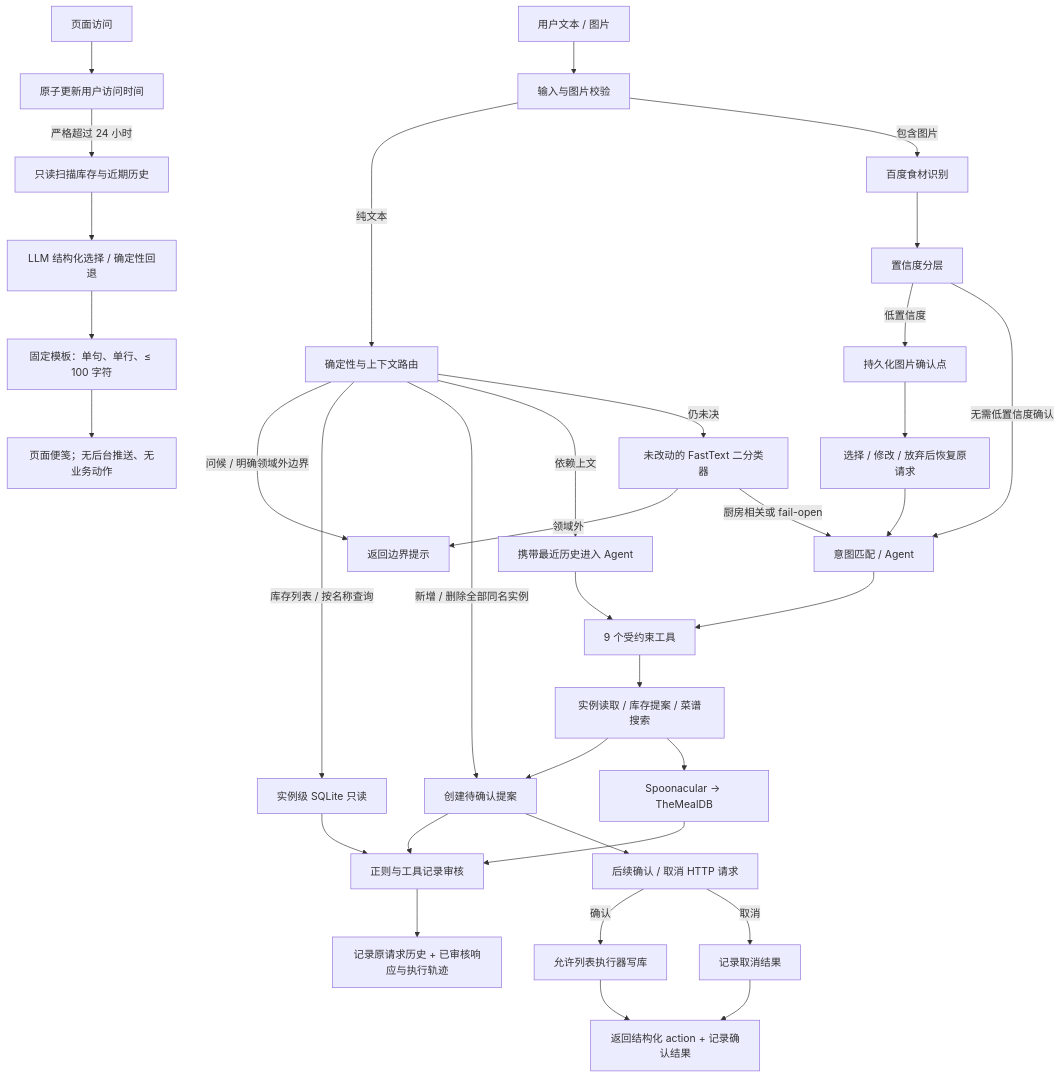
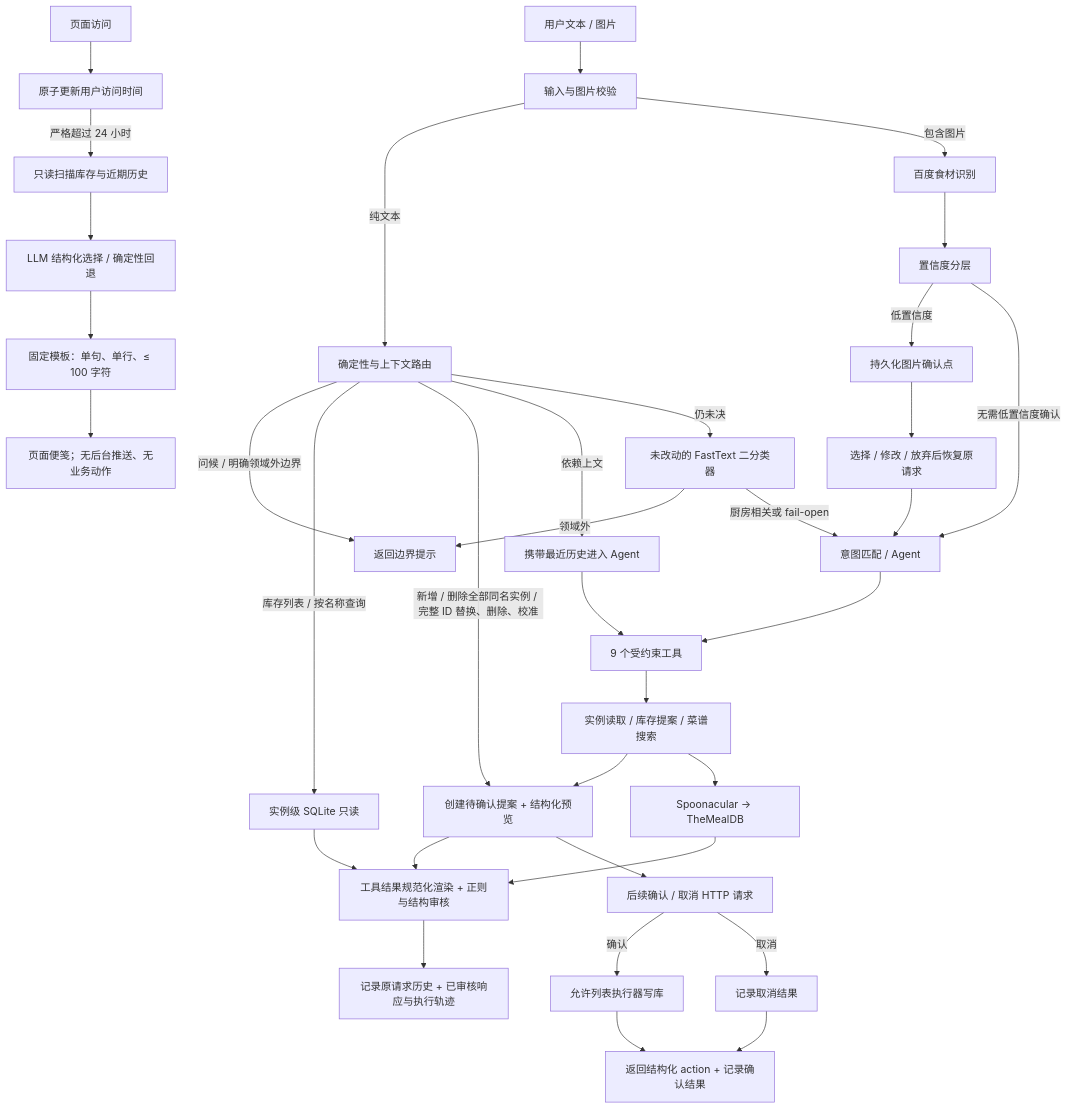
The diagram in README.md (aicecould/kitchen_inventory_agent), drawn with Mermaid before and after one commit. The commit also changed other lines of this file and 3 other files, not shown here.

````diff
--- a/README.md
+++ b/README.md
@@ -26,43 +26,43 @@
 ```mermaid
 flowchart TD
     A["用户文本 / 图片"] --> B["输入与图片校验"]
 
     B -->|纯文本| C["确定性与上下文路由"]
     C -->|问候 / 明确领域外边界| C1["返回边界提示"]
     C -->|库存列表 / 按名称查询| D["实例级 SQLite 只读"]
-    C -->|新增 / 删除全部同名实例| E["创建待确认提案"]
+    C -->|新增 / 删除全部同名实例 / 完整 ID 替换、删除、校准| E["创建待确认提案 + 结构化预览"]
     C -->|依赖上文| F["携带最近历史进入 Agent"]
     C -->|仍未决| G["未改动的 FastText 二分类器"]
     G -->|领域外| C1
     G -->|厨房相关或 fail-open| H["意图匹配 / Agent"]
 
     B -->|包含图片| I["百度食材识别"]
     I --> J["置信度分层"]
     J -->|低置信度| K["持久化图片确认点"]
     K --> L["选择 / 修改 / 放弃后恢复原请求"]
     J -->|无需低置信度确认| H
     L --> H
 
     F --> M["9 个受约束工具"]
     H --> M
     M --> N["实例读取 / 库存提案 / 菜谱搜索"]
     N --> E
     N --> O["Spoonacular → TheMealDB"]
 
-    D --> S["正则与工具记录审核"]
+    D --> S["工具结果规范化渲染 + 正则与结构审核"]
     E --> S
     O --> S
     S --> T["记录原请求历史 + 已审核响应与执行轨迹"]
 
     E --> P["后续确认 / 取消 HTTP 请求"]
     P -->|确认| Q["允许列表执行器写库"]
     P -->|取消| R["记录取消结果"]
     Q --> T1["返回结构化 action + 记录确认结果"]
     R --> T1
 
     U["页面访问"] --> V["原子更新用户访问时间"]
     V -->|严格超过 24 小时| W["只读扫描库存与近期历史"]
     W --> X["LLM 结构化选择 / 确定性回退"]
     X --> Y["固定模板：单句、单行、≤ 100 字符"]
     Y --> Z["页面便笺；无后台推送、无业务动作"]
 ```
````
